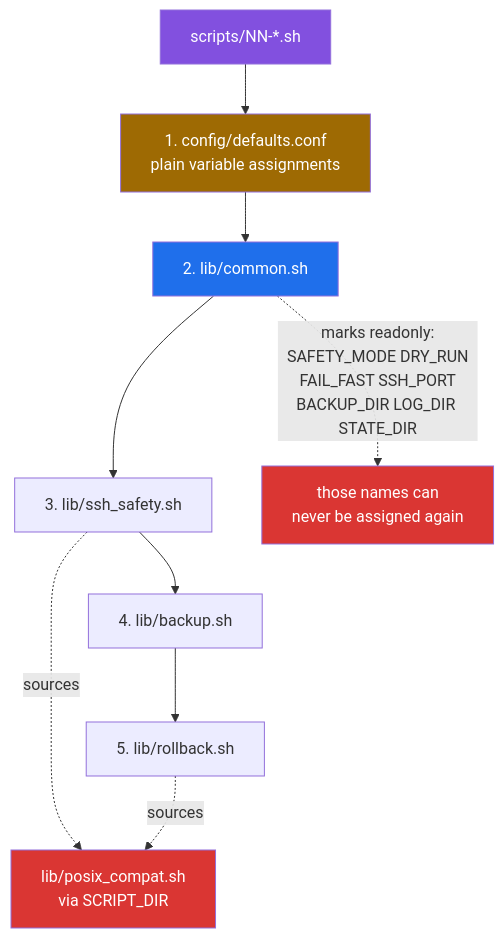
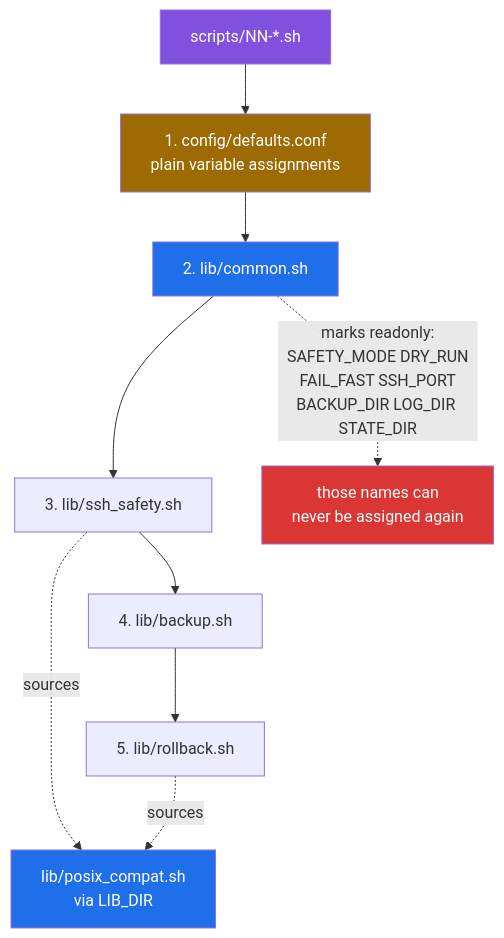
Before and after one commit to Bissbert/POSIX-hardening: the first of 2 diagrams in docs/library-reference.md, drawn with Mermaid. The commit also changed other lines of this file and 35 other files, not shown here.

````diff
--- a/docs/library-reference.md
+++ b/docs/library-reference.md
@@ -24,20 +24,20 @@
 ```mermaid
 flowchart TD
     S["scripts/NN-*.sh"]
     S --> C1["1. config/defaults.conf<br/>plain variable assignments"]
     C1 --> C2["2. lib/common.sh"]
     C2 --> C3["3. lib/ssh_safety.sh"]
     C3 --> C4["4. lib/backup.sh"]
     C4 --> C5["5. lib/rollback.sh"]
 
     C2 -.->|"marks readonly:<br/>SAFETY_MODE DRY_RUN<br/>FAIL_FAST SSH_PORT<br/>BACKUP_DIR LOG_DIR STATE_DIR"| LOCK["those names can<br/>never be assigned again"]
 
-    C3 -.->|"sources"| PC["lib/posix_compat.sh<br/>via SCRIPT_DIR"]
+    C3 -.->|"sources"| PC["lib/posix_compat.sh<br/>via LIB_DIR"]
     C5 -.->|"sources"| PC
 
     style S fill:#8250df,color:#fff
     style C1 fill:#9e6a03,color:#fff
     style C2 fill:#1f6feb,color:#fff
     style LOCK fill:#da3633,color:#fff
-    style PC fill:#da3633,color:#fff
+    style PC fill:#1f6feb,color:#fff
 ```
````
